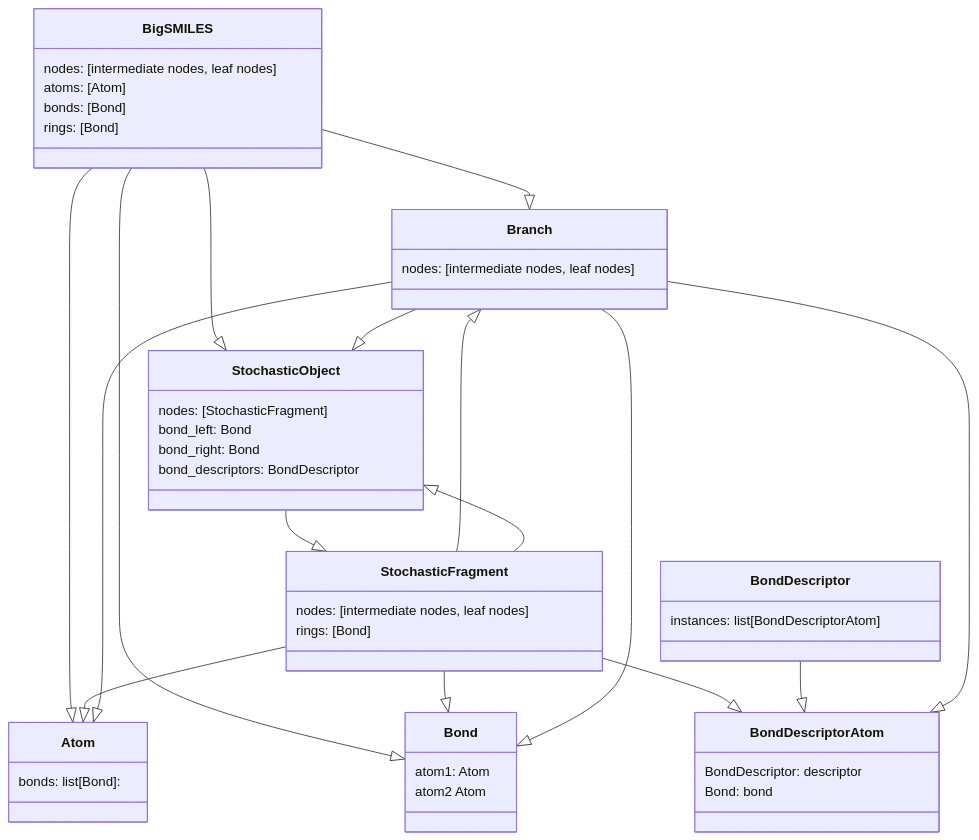
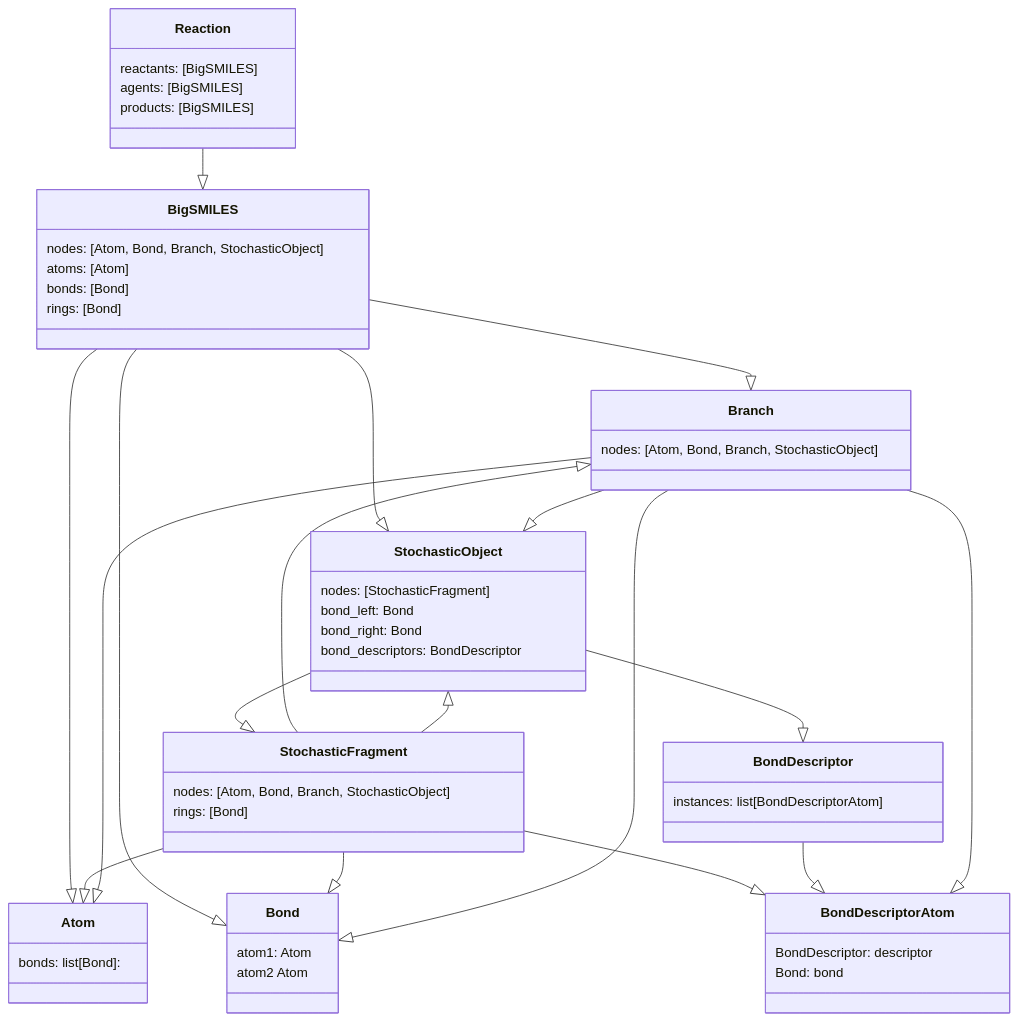
Before and after one commit to dylanwal/BigSMILES: the diagram in docs/reference/data_structure/overview.md, drawn with Mermaid. The commit also changed other lines of this file and 8 other files, not shown here.

````diff
--- a/docs/reference/data_structure/overview.md
+++ b/docs/reference/data_structure/overview.md
@@ -17,67 +24,75 @@
 ```mermaid
 classDiagram
+    
+    class Reaction {
+        reactants: [BigSMILES]
+        agents: [BigSMILES]
+        products: [BigSMILES]
+    }
 
     class BigSMILES {
-        nodes: [intermediate nodes, leaf nodes]
+        nodes: [Atom, Bond, Branch, StochasticObject]
         atoms: [Atom]
         bonds: [Bond]
         rings: [Bond]
     }
     
     
     class StochasticObject {
         nodes: [StochasticFragment]
         bond_left: Bond
         bond_right: Bond
         bond_descriptors: BondDescriptor
     }
     
     
     class StochasticFragment {
-        nodes: [intermediate nodes, leaf nodes]
+        nodes: [Atom, Bond, Branch, StochasticObject]
         rings: [Bond]
     }
     
     
     class Branch {
-        nodes: [intermediate nodes, leaf nodes]
+        nodes: [Atom, Bond, Branch, StochasticObject]
     }
     
     
     class BondDescriptorAtom {
         BondDescriptor: descriptor
         Bond: bond
     }
     
     
     class BondDescriptor {
         instances: list[BondDescriptorAtom] 
     }
 
     
     class Bond {
         atom1: Atom
         atom2 Atom
     }
     
     class Atom {
         bonds: list[Bond]: 
     }
 
+    Reaction --|> BigSMILES
     BigSMILES --|> Atom
     BigSMILES --|> Bond
     BigSMILES --|> Branch
     BigSMILES --|> StochasticObject
     StochasticObject --|> StochasticFragment
+    StochasticObject --|> BondDescriptor
     StochasticFragment --|> BondDescriptorAtom
     BondDescriptor --|> BondDescriptorAtom
     StochasticFragment --|> Atom
     StochasticFragment --|> Bond
     StochasticFragment --|> Branch
     StochasticFragment --|> StochasticObject
     Branch --|> BondDescriptorAtom
     Branch --|> StochasticObject
     Branch --|> Bond
     Branch --|> Atom
     
 ```
````
